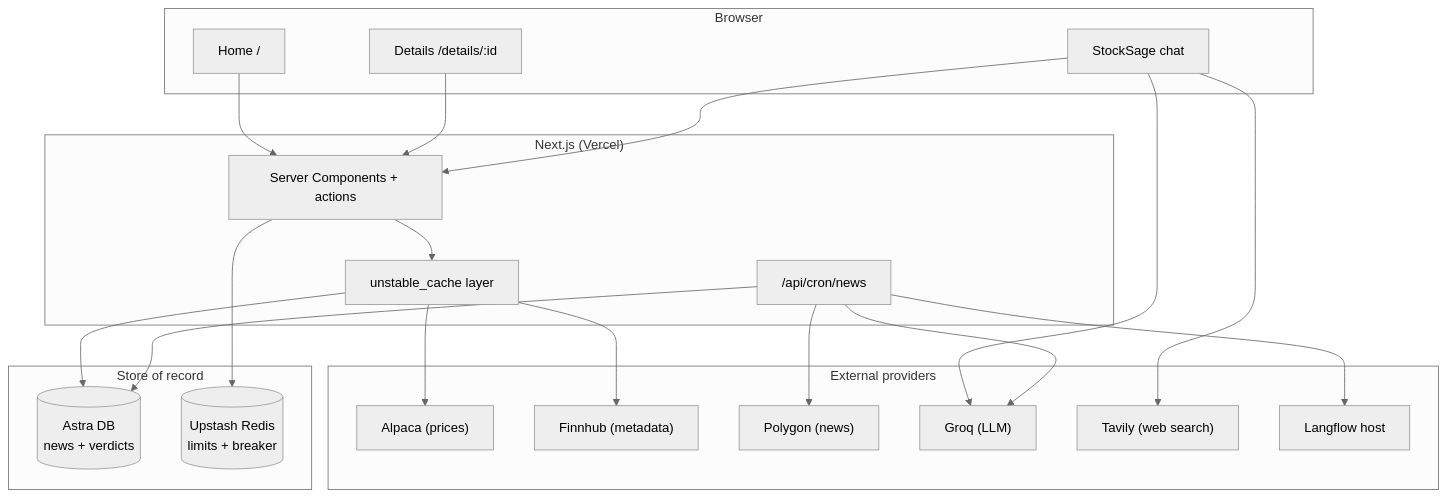
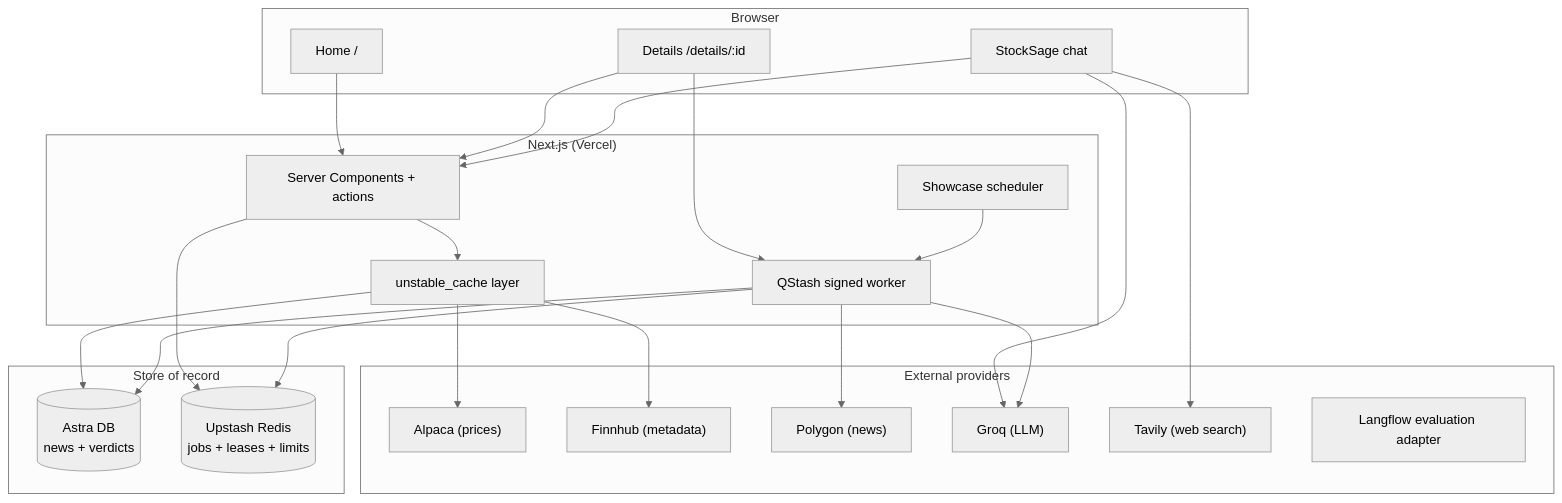
Before and after one commit to HarshitBadam/trade-intel: the first of 3 diagrams in docs/architecture.md, drawn with Mermaid (neutral theme). The commit also changed other lines of this file and 57 other files, not shown here.

````diff
--- a/docs/architecture.md
+++ b/docs/architecture.md
@@ -13,44 +19,47 @@
 ```mermaid
 flowchart TB
   subgraph client["Browser"]
     HOME["Home /"]
     DETAIL["Details /details/:id"]
     CHAT["StockSage chat"]
   end
 
   subgraph next["Next.js (Vercel)"]
     RSC["Server Components + actions"]
     CACHE["unstable_cache layer"]
-    CRON["/api/cron/news"]
+    SCHEDULER["Showcase scheduler"]
+    QUEUE["QStash signed worker"]
   end
 
   subgraph store["Store of record"]
     ASTRA[(Astra DB<br/>news + verdicts)]
-    REDIS[(Upstash Redis<br/>limits + breaker)]
+    REDIS[(Upstash Redis<br/>jobs + leases + limits)]
   end
 
   subgraph providers["External providers"]
     ALPACA["Alpaca (prices)"]
     FINNHUB["Finnhub (metadata)"]
     POLYGON["Polygon (news)"]
     GROQ["Groq (LLM)"]
     TAVILY["Tavily (web search)"]
-    LANGFLOW["Langflow host"]
+    LANGFLOW["Langflow evaluation adapter"]
   end
 
   HOME --> RSC
   DETAIL --> RSC
   CHAT --> RSC
   RSC --> CACHE
   CACHE --> ASTRA
   CACHE --> ALPACA
   CACHE --> FINNHUB
   RSC --> REDIS
   CHAT --> GROQ
   CHAT --> TAVILY
 
-  CRON --> POLYGON
-  CRON --> GROQ
-  CRON --> LANGFLOW
-  CRON --> ASTRA
+  DETAIL --> QUEUE
+  SCHEDULER --> QUEUE
+  QUEUE --> REDIS
+  QUEUE --> POLYGON
+  QUEUE --> GROQ
+  QUEUE --> ASTRA
 ```
````
